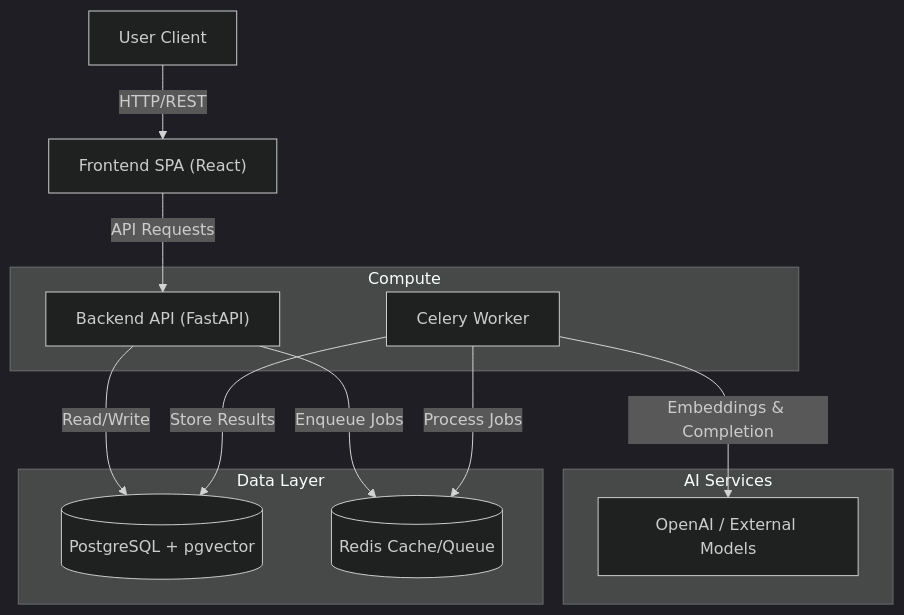
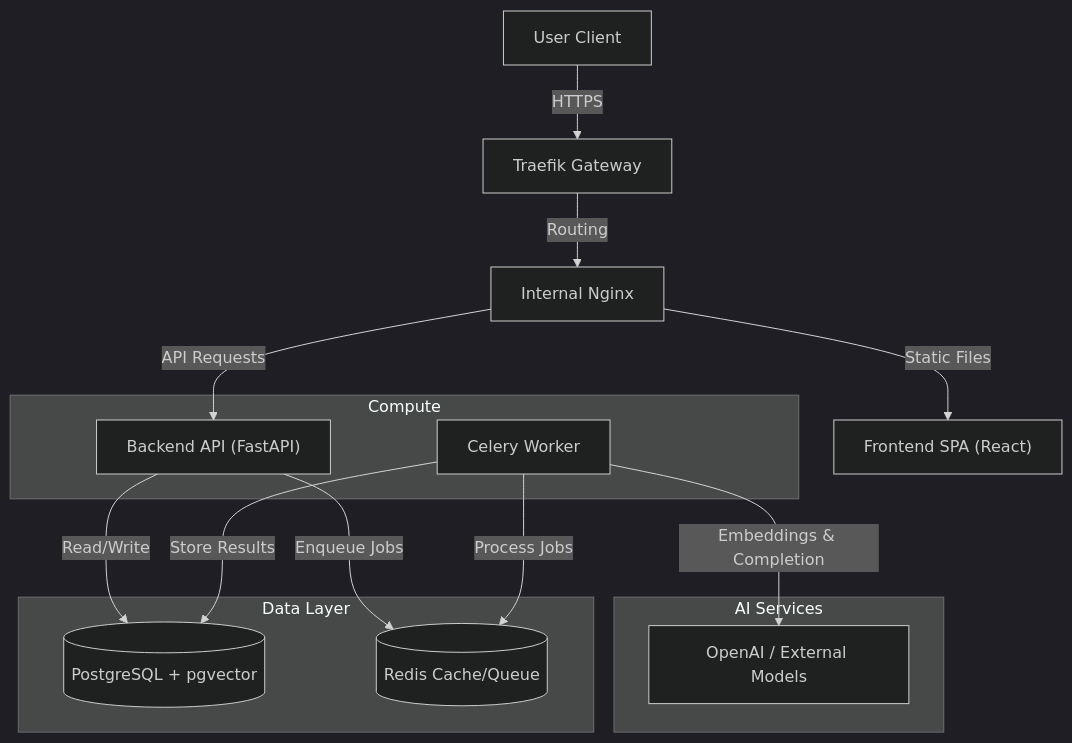
The diagram in README.md (MarkChu-git/Aura-old), drawn with Mermaid (dark theme) before and after one commit. The commit also changed other lines of this file and 100 other files, not shown here.

````diff
--- a/README.md
+++ b/README.md
@@ -28,21 +28,23 @@
 ```mermaid
 graph TD
-    Client["User Client"] -->|HTTP/REST| Frontend["Frontend SPA (React)"]
-    Frontend -->|API Requests| API["Backend API (FastAPI)"]
+    Client["User Client"] -->|HTTPS| Traefik["Traefik Gateway"]
+    Traefik -->|Routing| Nginx["Internal Nginx"]
+    Nginx -->|Static Files| Frontend["Frontend SPA (React)"]
+    Nginx -->|API Requests| API["Backend API (FastAPI)"]
     
     subgraph Data Layer
         DB[("PostgreSQL + pgvector")]
         Redis[("Redis Cache/Queue")]
     end
     
     subgraph Compute
         API -->|Read/Write| DB
         API -->|Enqueue Jobs| Redis
         Worker["Celery Worker"] -->|Process Jobs| Redis
         Worker -->|Store Results| DB
     end
     
     subgraph AI Services
         Worker -->|Embeddings & Completion| LLM["OpenAI / External Models"]
     end
 ```
````
